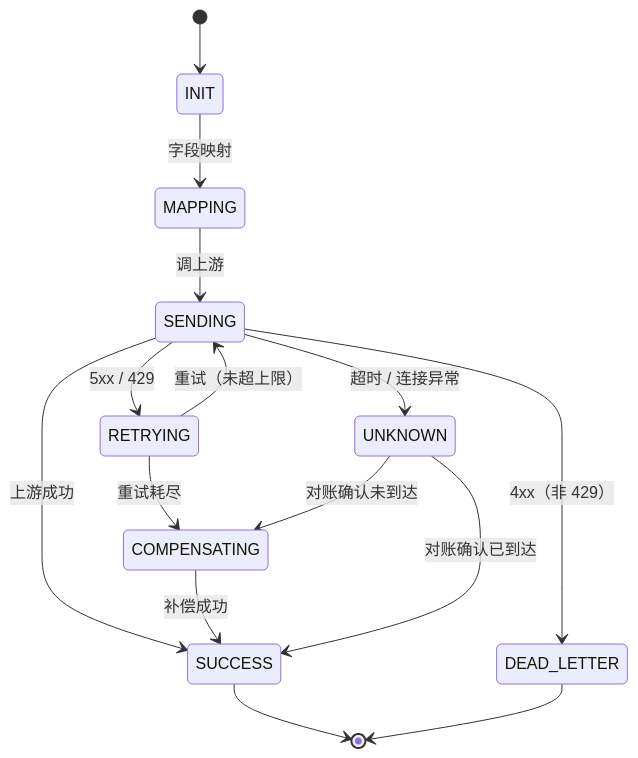
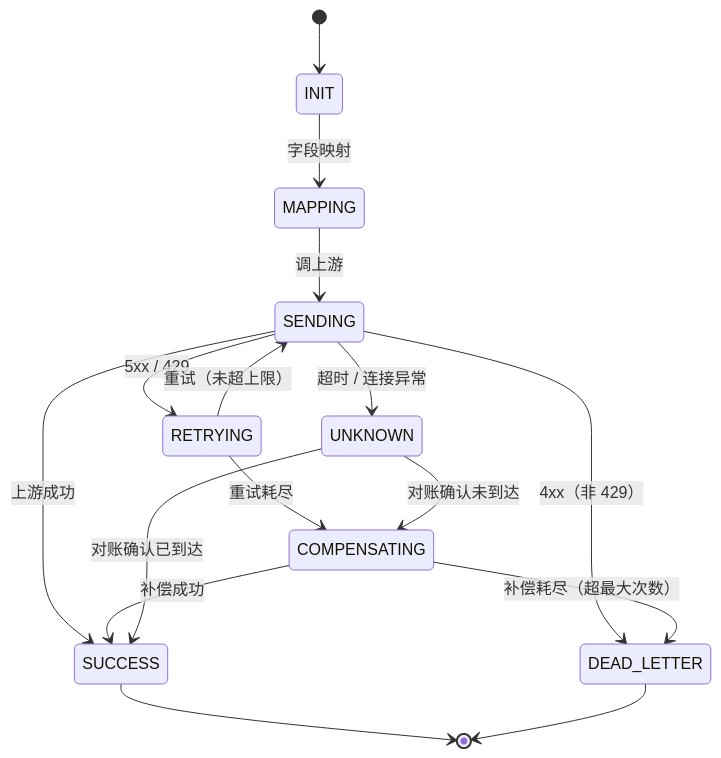
The first of 2 diagrams in src/main/resources/doc/API中心设计方案.md (HelloWorldKing1/apicenter), drawn with Mermaid before and after one commit. The commit also changed other lines of this file and 2 other files, not shown here.

````diff
--- a/src/main/resources/doc/API中心设计方案.md
+++ b/src/main/resources/doc/API中心设计方案.md
@@ -175,17 +207,18 @@
 ```mermaid
 stateDiagram-v2
     [*] --> INIT
     INIT --> MAPPING: 字段映射
     MAPPING --> SENDING: 调上游
     SENDING --> SUCCESS: 上游成功
     SENDING --> RETRYING: 5xx / 429
     SENDING --> DEAD_LETTER: 4xx（非 429）
     SENDING --> UNKNOWN: 超时 / 连接异常
     RETRYING --> SENDING: 重试（未超上限）
     RETRYING --> COMPENSATING: 重试耗尽
     COMPENSATING --> SUCCESS: 补偿成功
+    COMPENSATING --> DEAD_LETTER: 补偿耗尽（超最大次数）
     UNKNOWN --> SUCCESS: 对账确认已到达
     UNKNOWN --> COMPENSATING: 对账确认未到达
     SUCCESS --> [*]
     DEAD_LETTER --> [*]
 ```
````
